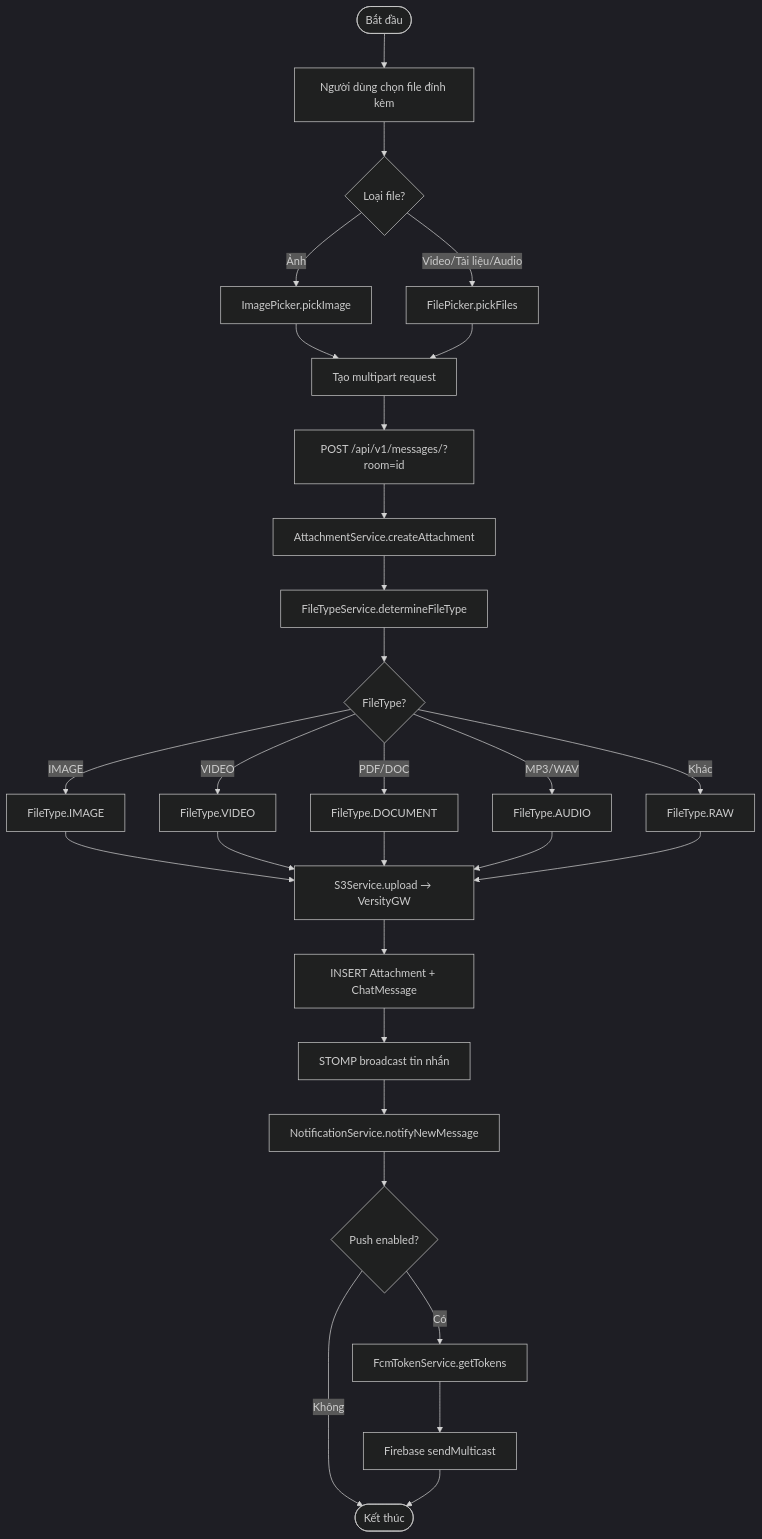
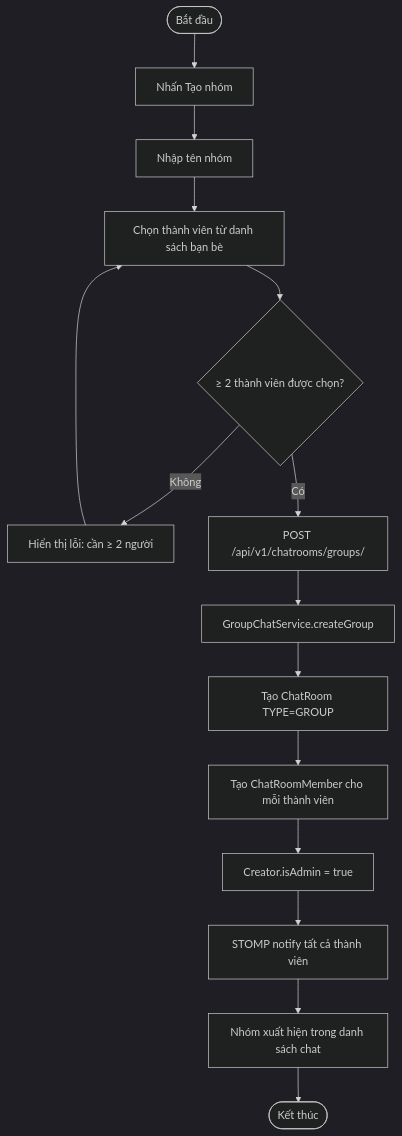
One commit to HiepNguyen284/chatapp changed the tenth of 11 diagrams in bao_cao_thanh_vien_4.md. Above: the diagram before and after it, drawn with Mermaid (dark theme). The commit also changed other lines of this file and 4473 other files, not shown here.

````diff
--- a/bao_cao_thanh_vien_4.md
+++ b/bao_cao_thanh_vien_4.md
@@ -1177,31 +1087,17 @@
 ```mermaid
 flowchart TD
-    A([Bắt đầu]) --> B[Người dùng chọn file đính kèm]
-    B --> C{Loại file?}
-    C -->|Ảnh| D[ImagePicker.pickImage]
-    C -->|Video/Tài liệu/Audio| E[FilePicker.pickFiles]
-    D --> F[Tạo multipart request]
-    E --> F
-    F --> G[POST /api/v1/messages/?room=id]
-    G --> H[AttachmentService.createAttachment]
-    H --> I[FileTypeService.determineFileType]
-    I --> J{FileType?}
-    J -->|IMAGE| K[FileType.IMAGE]
-    J -->|VIDEO| L[FileType.VIDEO]
-    J -->|PDF/DOC| M[FileType.DOCUMENT]
-    J -->|MP3/WAV| N[FileType.AUDIO]
-    J -->|Khác| O[FileType.RAW]
-    K --> P[S3Service.upload → VersityGW]
-    L --> P
-    M --> P
-    N --> P
-    O --> P
-    P --> Q[INSERT Attachment + ChatMessage]
-    Q --> R[STOMP broadcast tin nhắn]
-    R --> S[NotificationService.notifyNewMessage]
-    S --> T{Push enabled?}
-    T -->|Không| U([Kết thúc])
-    T -->|Có| V[FcmTokenService.getTokens]
-    V --> W[Firebase sendMulticast]
-    W --> U
+    A([Bắt đầu]) --> B[Nhấn Tạo nhóm]
+    B --> C[Nhập tên nhóm]
+    C --> D[Chọn thành viên từ danh sách bạn bè]
+    D --> E{≥ 2 thành viên được chọn?}
+    E -->|Không| F[Hiển thị lỗi: cần ≥ 2 người]
+    F --> D
+    E -->|Có| G[POST /api/v1/chatrooms/groups/]
+    G --> H[GroupChatService.createGroup]
+    H --> I[Tạo ChatRoom TYPE=GROUP]
+    I --> J[Tạo ChatRoomMember cho mỗi thành viên]
+    J --> K[Creator.isAdmin = true]
+    K --> L[STOMP notify tất cả thành viên]
+    L --> M[Nhóm xuất hiện trong danh sách chat]
+    M --> N([Kết thúc])
 ```
````
